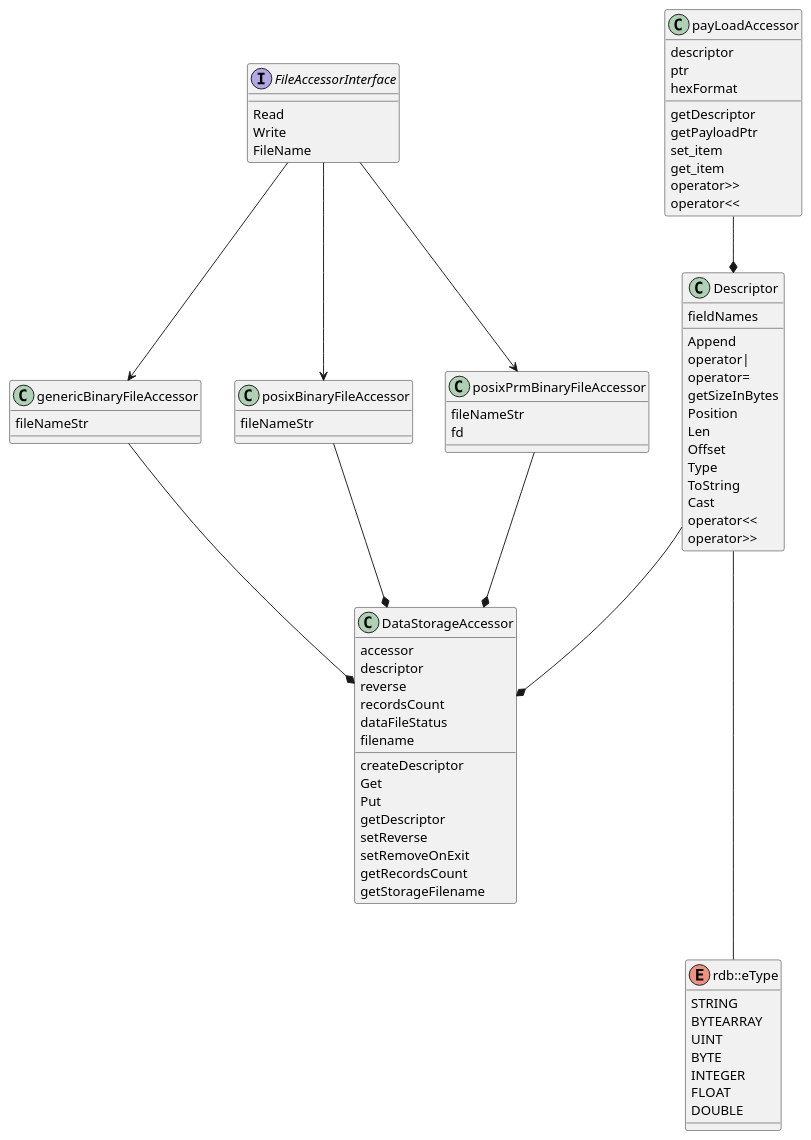
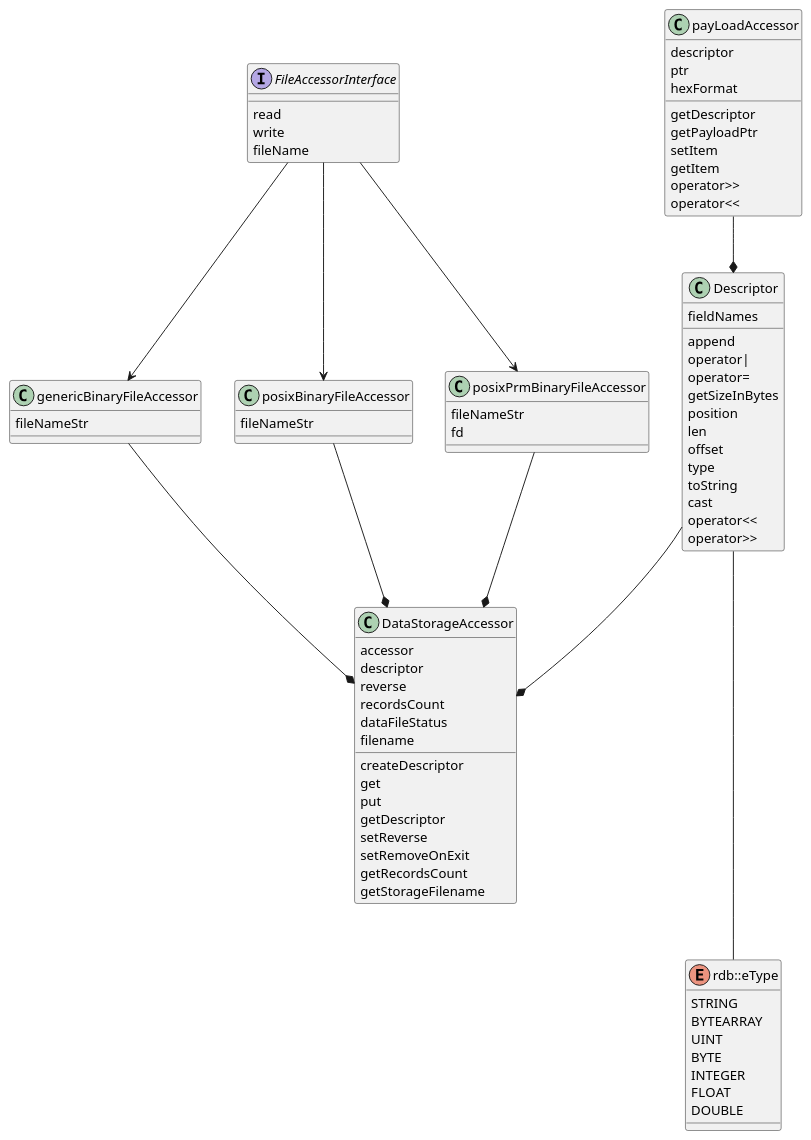
Before and after one commit to michalwidera/retractordb: the diagram in src/include/rdb/UML/rdb.puml, drawn with PlantUML. The commit also changed 17 other files, not shown here.

```diff
--- a/src/include/rdb/UML/rdb.puml
+++ b/src/include/rdb/UML/rdb.puml
@@ -1,96 +1,96 @@
 @startuml
 
 class Descriptor {
     {field} fieldNames
 
-    {method} Append
+    {method} append
     {method} operator|
     {method} operator=
     {method} getSizeInBytes
-    {method} Position
-    {method} Len
-    {method} Offset
-    {method} Type
-    {method} ToString
-    {method} Cast
+    {method} position
+    {method} len
+    {method} offset
+    {method} type
+    {method} toString
+    {method} cast
     {method} operator<<
     {method} operator>>
 }
 
 class genericBinaryFileAccessor {
     {field} fileNameStr
 }
 
 
 class posixBinaryFileAccessor {
     {field} fileNameStr
 }
 
 class posixPrmBinaryFileAccessor {
     {field} fileNameStr
     {field} fd
 }
 
 
 interface FileAccessorInterface {
-    {method} Read
-    {method} Write
-    {method} FileName
+    {method} read
+    {method} write
+    {method} fileName
 }
 
 class payLoadAccessor {
     {field} descriptor
     {field} ptr
     {field} hexFormat
 
     {method} getDescriptor
     {method} getPayloadPtr
-    {method} set_item
-    {method} get_item
+    {method} setItem
+    {method} getItem
     {method} operator>>
     {method} operator<<
 }
 
 class DataStorageAccessor {
     {field} accessor
     {field} descriptor
     {field} reverse
     {field} recordsCount
     {field} dataFileStatus
     {field} filename
 
     {method} createDescriptor
-    {method} Get
-    {method} Put
+    {method} get
+    {method} put
     {method} getDescriptor
     {method} setReverse
     {method} setRemoveOnExit
     {method} getRecordsCount
     {method} getStorageFilename
 }
 
 enum rdb::eType {
     STRING
     BYTEARRAY
     UINT
     BYTE
     INTEGER
     FLOAT
     DOUBLE
 }
 
 FileAccessorInterface --> genericBinaryFileAccessor
 FileAccessorInterface --> posixBinaryFileAccessor
 FileAccessorInterface --> posixPrmBinaryFileAccessor
 
 genericBinaryFileAccessor --* DataStorageAccessor
 posixBinaryFileAccessor --* DataStorageAccessor
 posixPrmBinaryFileAccessor --* DataStorageAccessor
 
 Descriptor --* DataStorageAccessor
 
 Descriptor --- rdb::eType
 
 payLoadAccessor --* Descriptor
 
 @enduml
```
